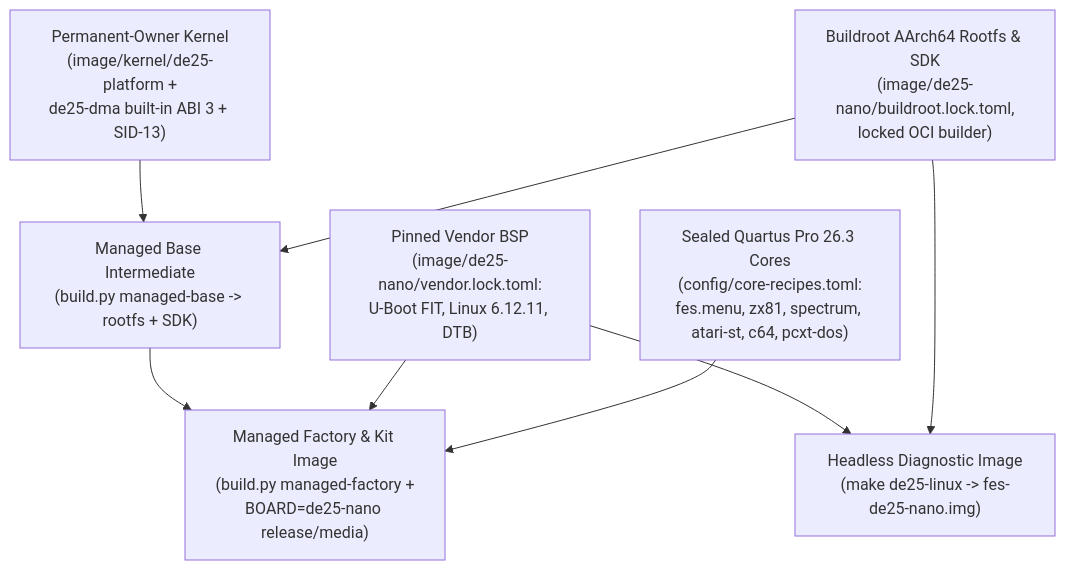
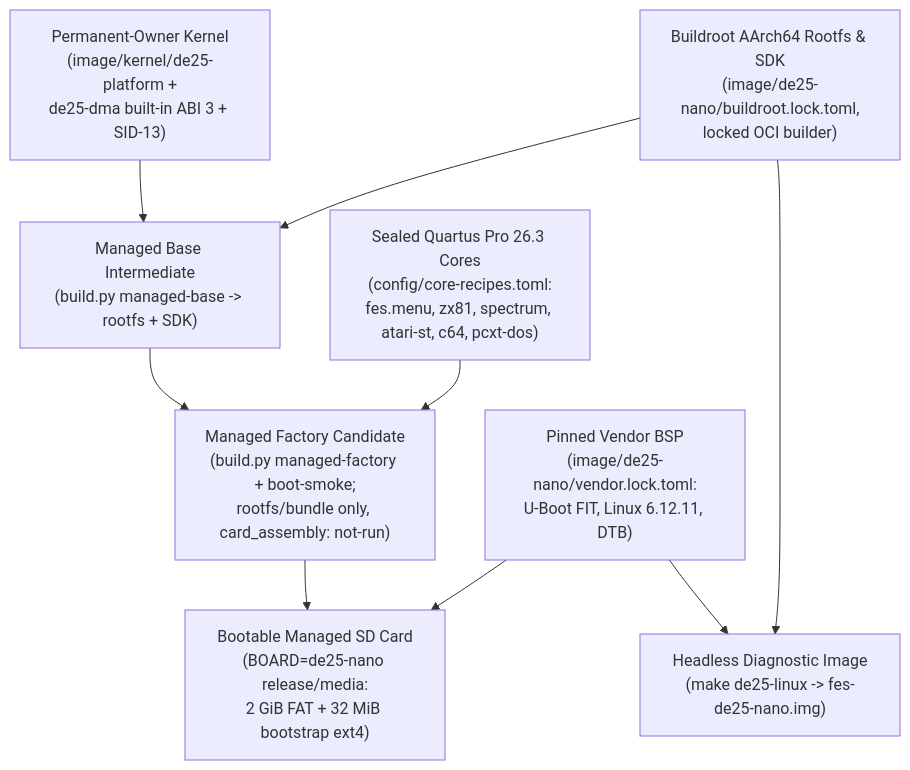
The first of 2 diagrams in docs/de25-linux.md (DeanoC/fes), drawn with Mermaid before and after one commit. The commit also changed other lines of this file and 1 other file, not shown here.

Commit message:
docs(de25): separate managed-factory candidate from card image and scope de25:auto

````diff
--- a/docs/de25-linux.md
+++ b/docs/de25-linux.md
@@ -33,18 +35,20 @@
 ```mermaid
 flowchart TD
   Vendor["Pinned Vendor BSP\n(image/de25-nano/vendor.lock.toml:\nU-Boot FIT, Linux 6.12.11, DTB)"]
   Kernel["Permanent-Owner Kernel\n(image/kernel/de25-platform +\nde25-dma built-in ABI 3 + SID-13)"]
   BR["Buildroot AArch64 Rootfs & SDK\n(image/de25-nano/buildroot.lock.toml,\nlocked OCI builder)"]
   Cores["Sealed Quartus Pro 26.3 Cores\n(config/core-recipes.toml:\nfes.menu, zx81, spectrum, atari-st, c64, pcxt-dos)"]
   Headless["Headless Diagnostic Image\n(make de25-linux -> fes-de25-nano.img)"]
   Base["Managed Base Intermediate\n(build.py managed-base -> rootfs + SDK)"]
-  Factory["Managed Factory & Kit Image\n(build.py managed-factory +\nBOARD=de25-nano release/media)"]
+  Factory["Managed Factory Candidate\n(build.py managed-factory + boot-smoke;\nrootfs/bundle only, card_assembly: not-run)"]
+  Card["Bootable Managed SD Card\n(BOARD=de25-nano release/media:\n2 GiB FAT + 32 MiB bootstrap ext4)"]
 
   Vendor --> Headless
   BR --> Headless
   Kernel --> Base
   BR --> Base
   Base --> Factory
-  Vendor --> Factory
   Cores --> Factory
+  Factory --> Card
+  Vendor --> Card
 ```
````
